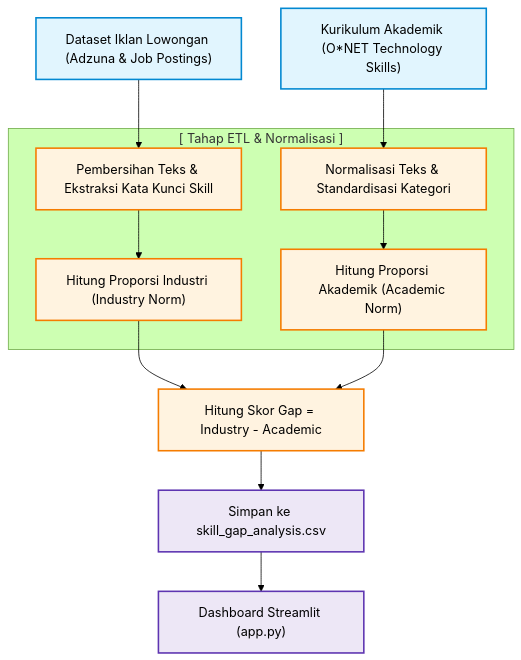
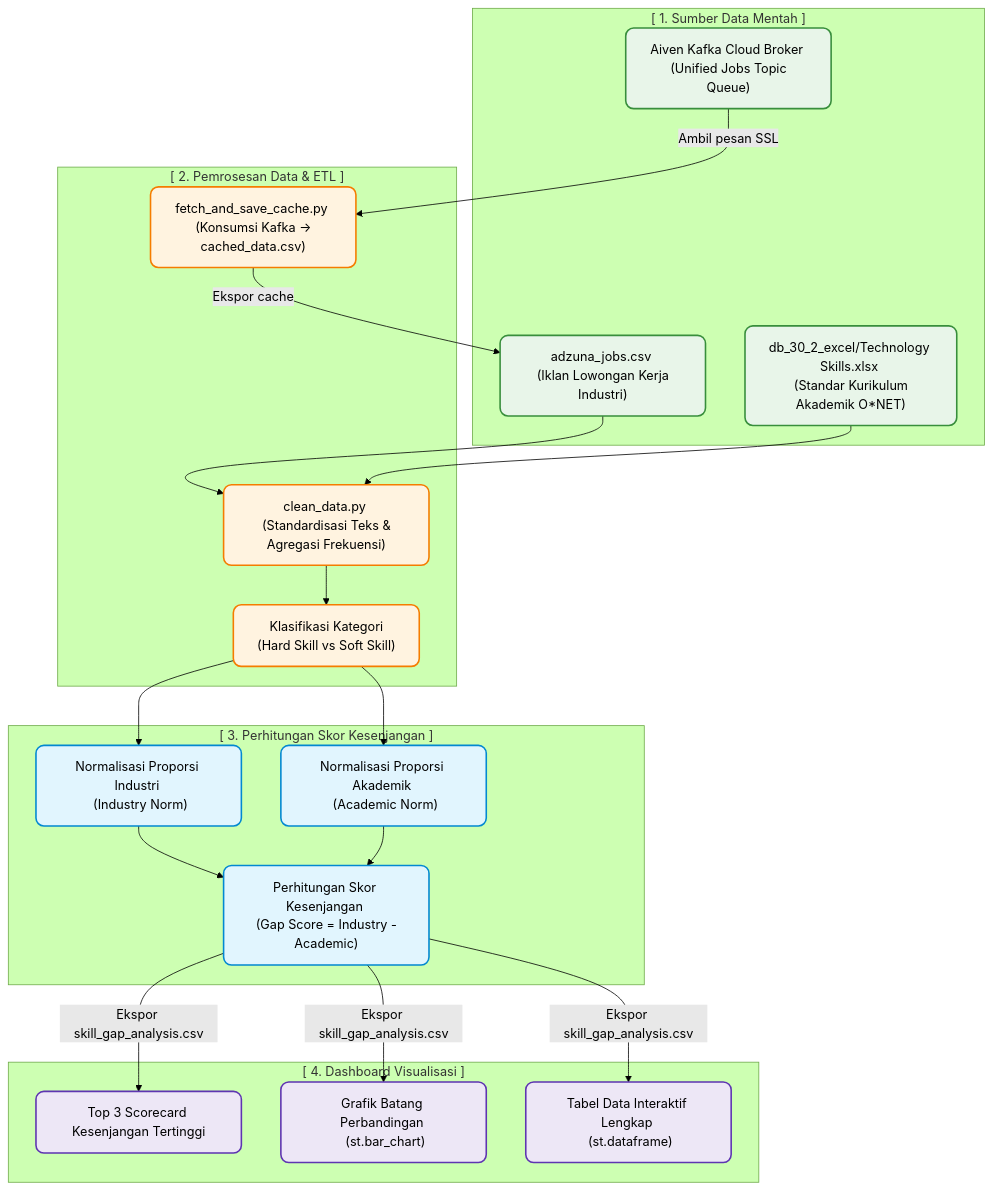
The diagram in Gap Analysis/PROSES_PENGEMBANGAN_ANALISIS.md (Irham-Najib-Azimul-Qowi/Analisis-Kesenjangan-Keterampilan), drawn with Mermaid (forest theme) before and after one commit. The commit also changed other lines of this file and 3 other files, not shown here.

Commit message:
docs: perbarui panduan pengembangan dan deployment untuk modul ML dan Gap Analysis dengan diagram Mermaid interaktif

````diff
--- a/Gap Analysis/PROSES_PENGEMBANGAN_ANALISIS.md
+++ b/Gap Analysis/PROSES_PENGEMBANGAN_ANALISIS.md
@@ -13,30 +13,53 @@
 ```mermaid
 graph TD
-    classDef inputStyle fill:#e1f5fe,stroke:#0288d1,stroke-width:2px;
-    classDef processStyle fill:#fff3e0,stroke:#f57c00,stroke-width:2px;
-    classDef outputStyle fill:#ede7f6,stroke:#5e35b1,stroke-width:2px;
+    classDef sourceStyle fill:#e8f5e9,stroke:#388e3c,stroke-width:2px,rx:10px,ry:10px;
+    classDef etlStyle fill:#fff3e0,stroke:#f57c00,stroke-width:2px,rx:10px,ry:10px;
+    classDef calcStyle fill:#e1f5fe,stroke:#0288d1,stroke-width:2px,rx:10px,ry:10px;
+    classDef viewStyle fill:#ede7f6,stroke:#5e35b1,stroke-width:2px,rx:10px,ry:10px;
 
-    %% INPUT
-    A1["Dataset Iklan Lowongan (Adzuna & Job Postings)"] --> B1
-    A2["Kurikulum Akademik (O*NET Technology Skills)"] --> B2
-
-    %% PROCESS
-    subgraph ETL["[ Tahap ETL & Normalisasi ]"]
-        B1["Pembersihan Teks & Ekstraksi Kata Kunci Skill"]
-        B2["Normalisasi Teks & Standardisasi Kategori"]
-        B1 --> C1["Hitung Proporsi Industri (Industry Norm)"]
-        B2 --> C2["Hitung Proporsi Akademik (Academic Norm)"]
+    %% 1. SUMBER DATA
+    subgraph S1["[ 1. Sumber Data Mentah ]"]
+        A1["adzuna_jobs.csv <br> (Iklan Lowongan Kerja Industri)"]
+        A2["db_30_2_excel/Technology Skills.xlsx <br> (Standar Kurikulum Akademik O*NET)"]
+        A3["Aiven Kafka Cloud Broker <br> (Unified Jobs Topic Queue)"]
     end
 
-    %% CALCULATION
-    C1 --> D1["Hitung Skor Gap = Industry - Academic"]
-    C2 --> D1
+    %% 2. PIPELINE ETL
+    subgraph S2["[ 2. Pemrosesan Data & ETL ]"]
+        B1["fetch_and_save_cache.py <br> (Konsumsi Kafka -> cached_data.csv)"]
+        B2["clean_data.py <br> (Standardisasi Teks & Agregasi Frekuensi)"]
+        B3["Klasifikasi Kategori <br> (Hard Skill vs Soft Skill)"]
+    end
 
-    %% OUTPUT
-    D1 --> E1["Simpan ke skill_gap_analysis.csv"]
-    E1 --> E2["Dashboard Streamlit (app.py)"]
+    %% 3. FORMULA GAP
+    subgraph S3["[ 3. Perhitungan Skor Kesenjangan ]"]
+        C1["Normalisasi Proporsi Industri <br> (Industry Norm)"]
+        C2["Normalisasi Proporsi Akademik <br> (Academic Norm)"]
+        C3["Perhitungan Skor Kesenjangan <br> (Gap Score = Industry - Academic)"]
+    end
 
-    class A1,A2 inputStyle;
-    class B1,B2,C1,C2,D1 processStyle;
-    class E1,E2 outputStyle;
+    %% 4. DASHBOARD
+    subgraph S4["[ 4. Dashboard Visualisasi ]"]
+        D1["Top 3 Scorecard Kesenjangan Tertinggi"]
+        D2["Grafik Batang Perbandingan <br> (st.bar_chart)"]
+        D3["Tabel Data Interaktif Lengkap <br> (st.dataframe)"]
+    end
+
+    %% Alur Hubungan
+    A3 -->|Ambil pesan SSL| B1
+    B1 -->|Ekspor cache| A1
+    A1 & A2 --> B2
+    B2 --> B3
+    B3 --> C1
+    B3 --> C2
+    C1 --> C3
+    C2 --> C3
+    C3 -->|Ekspor skill_gap_analysis.csv| D1
+    C3 -->|Ekspor skill_gap_analysis.csv| D2
+    C3 -->|Ekspor skill_gap_analysis.csv| D3
+
+    class A1,A2,A3 sourceStyle;
+    class B1,B2,B3 etlStyle;
+    class C1,C2,C3 calcStyle;
+    class D1,D2,D3 viewStyle;
 ```
````
